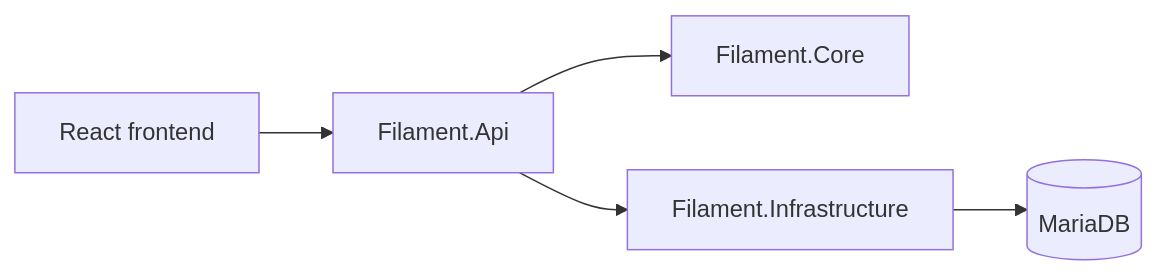
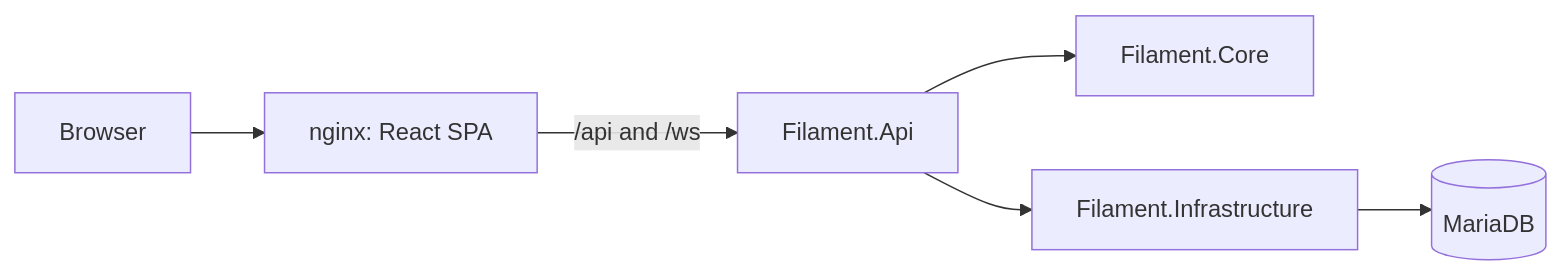
The first of 2 diagrams in doc/spec/architecture.md (obrys/filament), drawn with Mermaid before and after one commit. The commit also changed other lines of this file and 5 other files, not shown here.

````diff
--- a/doc/spec/architecture.md
+++ b/doc/spec/architecture.md
@@ -5,7 +5,8 @@
 ```mermaid
 flowchart LR
-    Web[React frontend] --> Api[Filament.Api]
+    Browser --> Web[nginx: React SPA]
+    Web -->|/api and /ws| Api[Filament.Api]
     Api --> Core[Filament.Core]
     Api --> Infrastructure[Filament.Infrastructure]
     Infrastructure --> Database[(MariaDB)]
 ```
````
